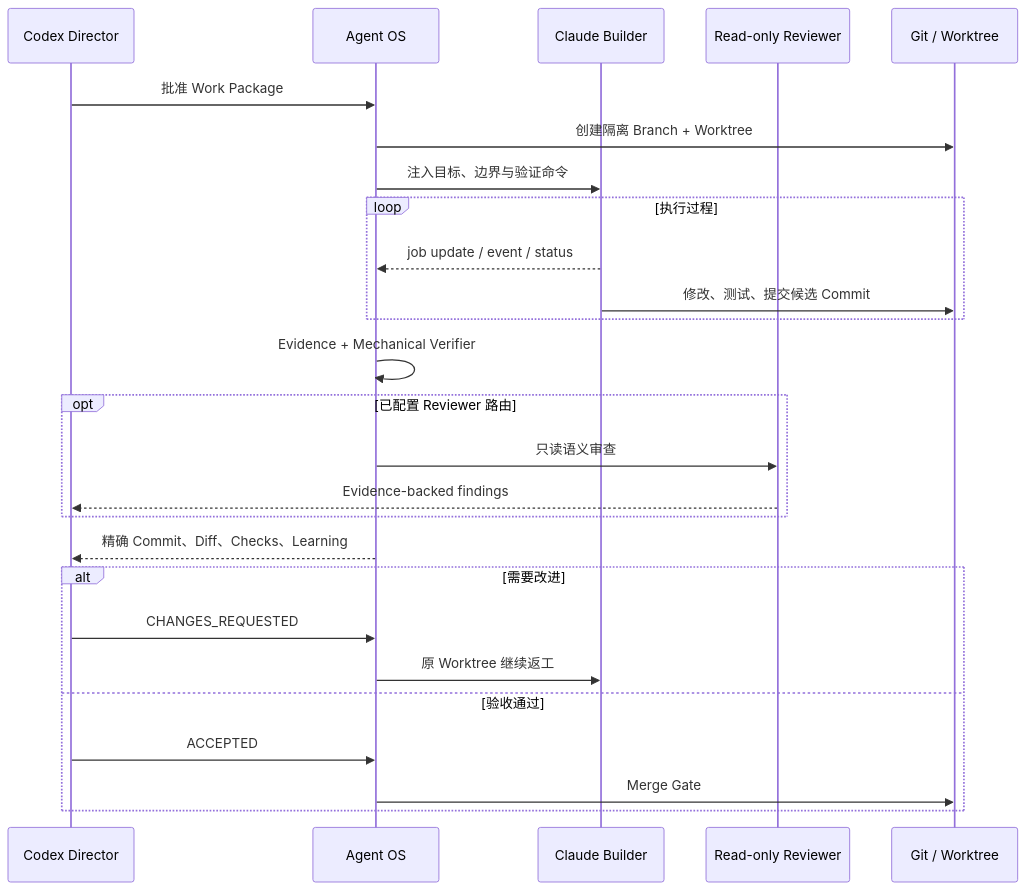
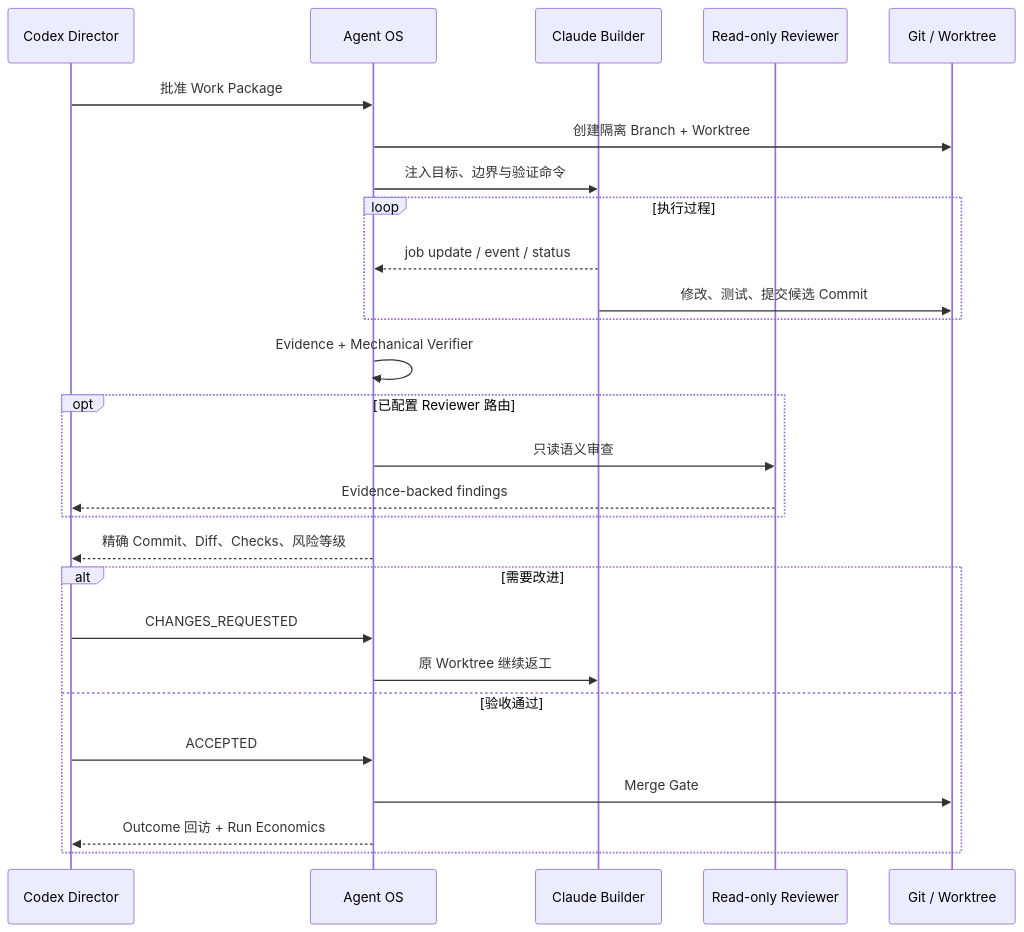
One commit to chukong-creator/agent-os-skill changed the third of 4 diagrams in README.md. Above: the diagram before and after it, drawn with Mermaid. The commit also changed other lines of this file and 20 other files, not shown here.

````diff
--- a/README.md
+++ b/README.md
@@ -273,28 +339,29 @@
 ```mermaid
 sequenceDiagram
     participant C as Codex Director
     participant O as Agent OS
     participant B as Claude Builder
     participant R as Read-only Reviewer
     participant G as Git / Worktree
     C->>O: 批准 Work Package
     O->>G: 创建隔离 Branch + Worktree
     O->>B: 注入目标、边界与验证命令
     loop 执行过程
         B-->>O: job update / event / status
         B->>G: 修改、测试、提交候选 Commit
     end
     O->>O: Evidence + Mechanical Verifier
     opt 已配置 Reviewer 路由
         O->>R: 只读语义审查
         R-->>C: Evidence-backed findings
     end
-    O-->>C: 精确 Commit、Diff、Checks、Learning
+    O-->>C: 精确 Commit、Diff、Checks、风险等级
     alt 需要改进
         C->>O: CHANGES_REQUESTED
         O->>B: 原 Worktree 继续返工
     else 验收通过
         C->>O: ACCEPTED
         O->>G: Merge Gate
+        O-->>C: Outcome 回访 + Run Economics
     end
 ```
````
